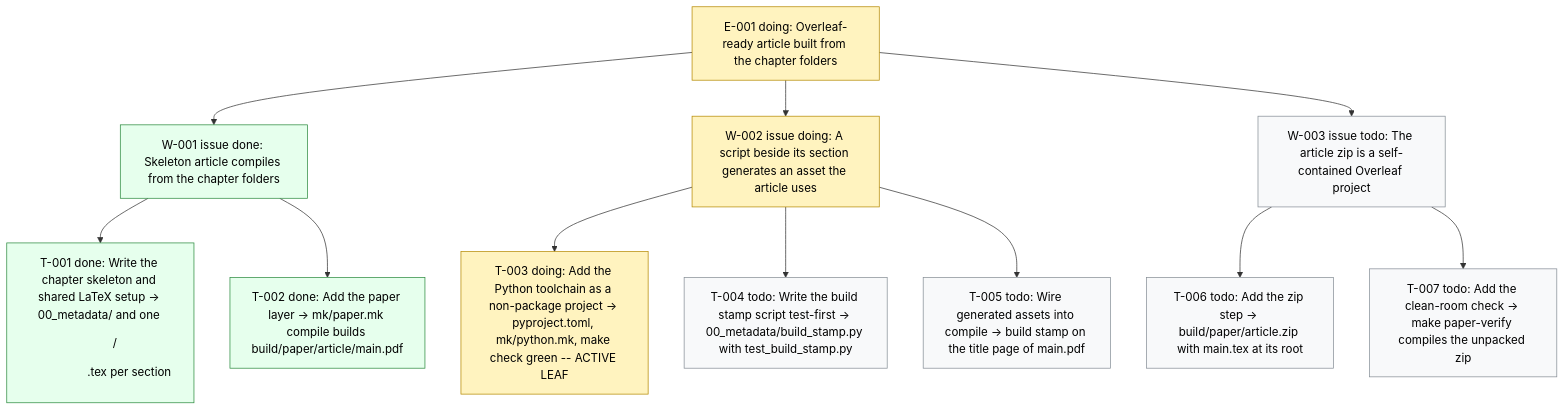
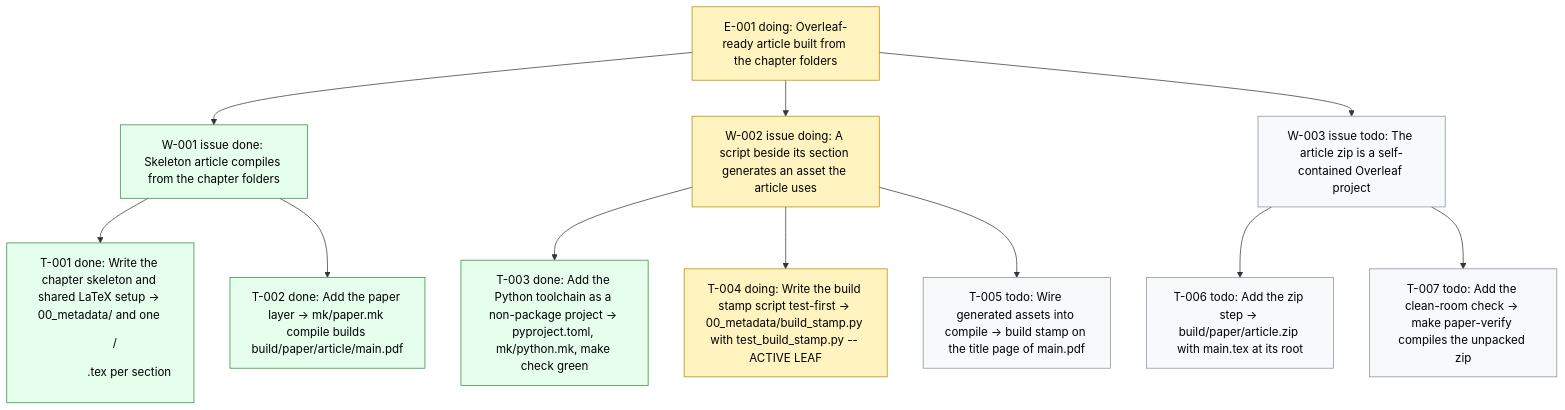
The diagram in .board/BOARD.md (dpopchev/surrogate-models), drawn with Mermaid before and after one commit. The commit also changed other lines of this file and 6 other files, not shown here.

First line of the commit message:
feat: add the build stamp script with its tests beside it

````diff
--- a/.board/BOARD.md
+++ b/.board/BOARD.md
@@ -26,22 +26,22 @@
 ```mermaid
 flowchart TD
   E001["E-001 doing: Overleaf-ready article built from the chapter folders"]
   E001 --> W001["W-001 issue done: Skeleton article compiles from the chapter folders"]
   W001 --> T001["T-001 done: Write the chapter skeleton and shared LaTeX setup -> 00_metadata/ and one <dir>/<dir>.tex per section"]
   W001 --> T002["T-002 done: Add the paper layer -> mk/paper.mk compile builds build/paper/article/main.pdf"]
   E001 --> W002["W-002 issue doing: A script beside its section generates an asset the article uses"]
-  W002 --> T003["T-003 doing: Add the Python toolchain as a non-package project -> pyproject.toml, mk/python.mk, make check green -- ACTIVE LEAF"]
-  W002 --> T004["T-004 todo: Write the build stamp script test-first -> 00_metadata/build_stamp.py with test_build_stamp.py"]
+  W002 --> T003["T-003 done: Add the Python toolchain as a non-package project -> pyproject.toml, mk/python.mk, make check green"]
+  W002 --> T004["T-004 doing: Write the build stamp script test-first -> 00_metadata/build_stamp.py with test_build_stamp.py -- ACTIVE LEAF"]
   W002 --> T005["T-005 todo: Wire generated assets into compile -> build stamp on the title page of main.pdf"]
   E001 --> W003["W-003 issue todo: The article zip is a self-contained Overleaf project"]
   W003 --> T006["T-006 todo: Add the zip step -> build/paper/article.zip with main.tex at its root"]
   W003 --> T007["T-007 todo: Add the clean-room check -> make paper-verify compiles the unpacked zip"]
   classDef doing fill:#fff3bf,stroke:#b58900,color:#000;
   classDef blocked fill:#ffe3e3,stroke:#c92a2a,color:#000;
   classDef done fill:#e6ffed,stroke:#2b8a3e,color:#000;
   classDef todo fill:#f8f9fa,stroke:#868e96,color:#000;
   classDef pruned fill:#f1f3f5,stroke:#adb5bd,color:#000;
-  class E001,W002,T003 doing
-  class W001,T001,T002 done
-  class T004,T005,W003,T006,T007 todo
+  class E001,W002,T004 doing
+  class W001,T001,T002,T003 done
+  class T005,W003,T006,T007 todo
 ```
````
